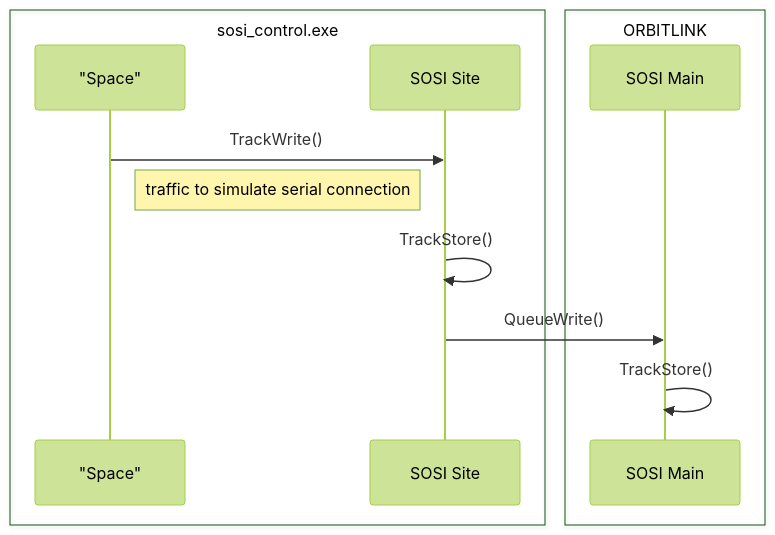
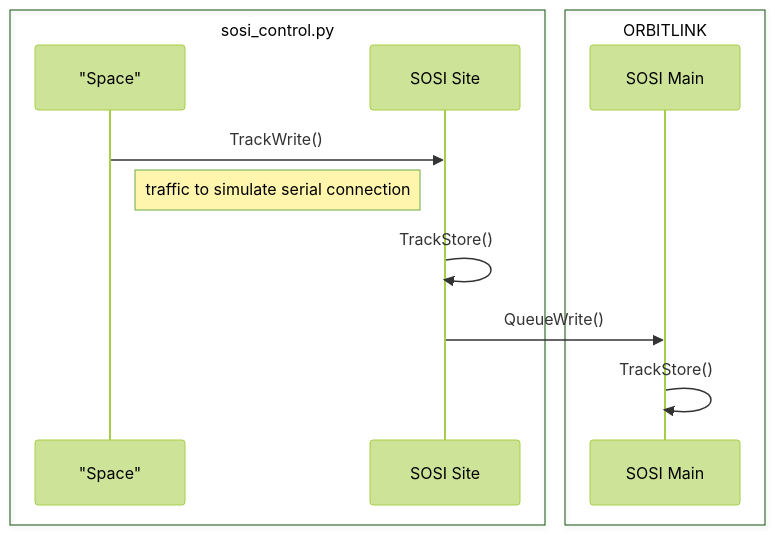
Before and after one commit to blues-clues-security/orbitlink: the first of 3 diagrams in README.md, drawn with Mermaid (forest theme). The commit also changed other lines of this file and 54 other files, not shown here.

````diff
--- a/README.md
+++ b/README.md
@@ -32,16 +55,16 @@
 ```mermaid
 sequenceDiagram
-box sosi_control.exe
+box sosi_control.py
 participant "Space"
 participant SOSI Site
 end
 box ORBITLINK
 participant SOSI Main
 end
 
 "Space"->>SOSI Site: TrackWrite()
 Note right of "Space": traffic to simulate serial connection 
 SOSI Site->>SOSI Site: TrackStore()
 SOSI Site->>SOSI Main: QueueWrite()
 SOSI Main->>SOSI Main: TrackStore()
 ```
````
